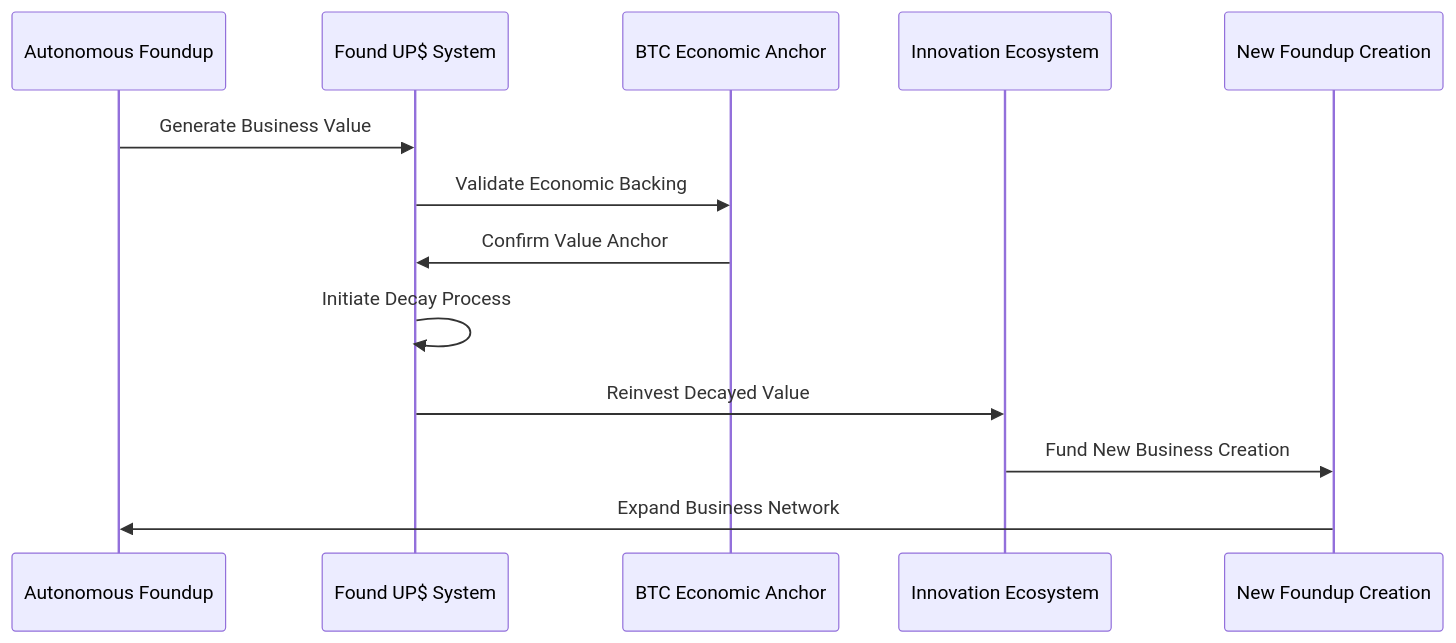
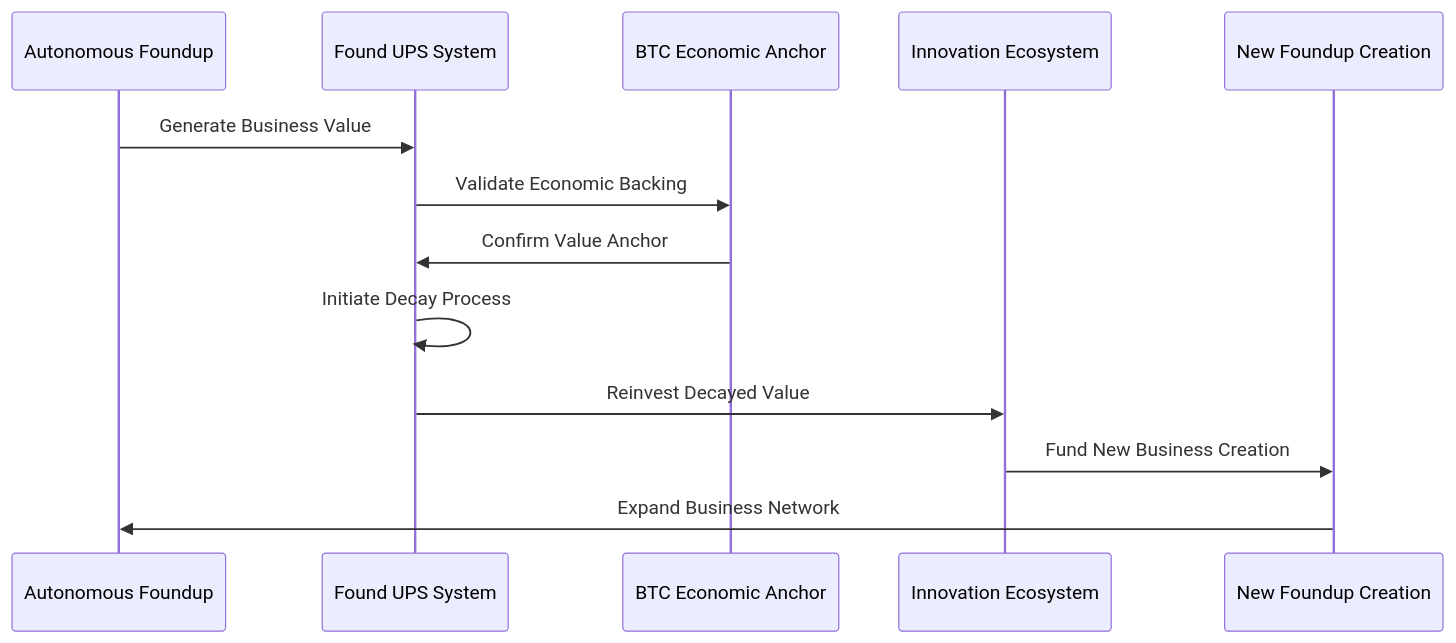
Before and after one commit to Foundup/Foundups-Agent: the seventh of 8 diagrams in WSP_knowledge/docs/Papers/Patent_Series/01_Foundups_Complete_System.md, drawn with Mermaid. The commit also changed other lines of this file and 306 other files, not shown here.

````diff
--- a/WSP_knowledge/docs/Papers/Patent_Series/01_Foundups_Complete_System.md
+++ b/WSP_knowledge/docs/Papers/Patent_Series/01_Foundups_Complete_System.md
@@ -271,16 +271,16 @@
 ```mermaid
 sequenceDiagram
     participant Foundup as Autonomous Foundup
-    participant TokenSystem as Found UP$ System
+    participant TokenSystem as Found UPS System
     participant BitcoinAnchor as BTC Economic Anchor
     participant Ecosystem as Innovation Ecosystem
     participant NewFoundup as New Foundup Creation
     
     Foundup->>TokenSystem: Generate Business Value
     TokenSystem->>BitcoinAnchor: Validate Economic Backing
     BitcoinAnchor->>TokenSystem: Confirm Value Anchor
     TokenSystem->>TokenSystem: Initiate Decay Process
     TokenSystem->>Ecosystem: Reinvest Decayed Value
     Ecosystem->>NewFoundup: Fund New Business Creation
     NewFoundup->>Foundup: Expand Business Network
 ```
````
